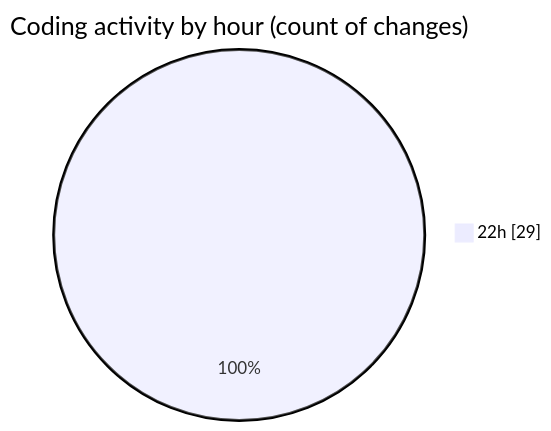
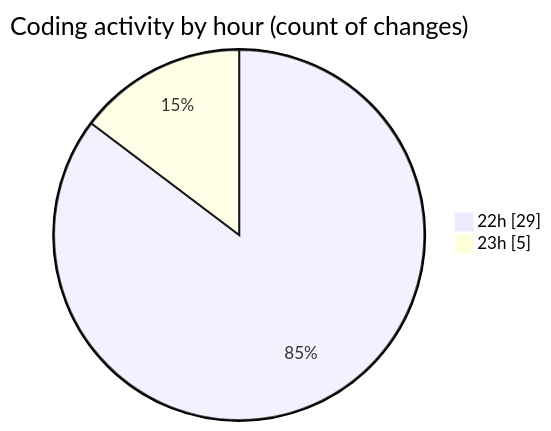
One commit to Ritupan-Deka/code-tracking changed the second of 2 diagrams in 2025-10-19/scopecraft/README.md. Above: the diagram before and after it, drawn with Mermaid. The commit also changed other lines of this file and 1 other file, not shown here.

````diff
--- a/2025-10-19/scopecraft/README.md
+++ b/2025-10-19/scopecraft/README.md
@@ -31,5 +32,6 @@
 ```mermaid
 pie showData
 title Coding activity by hour (count of changes)
 "22h" : 29
+"23h" : 5
 ```
````
